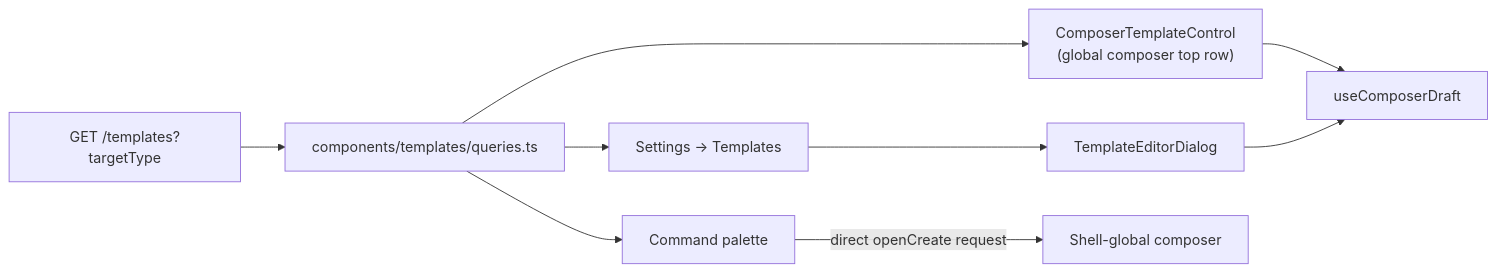
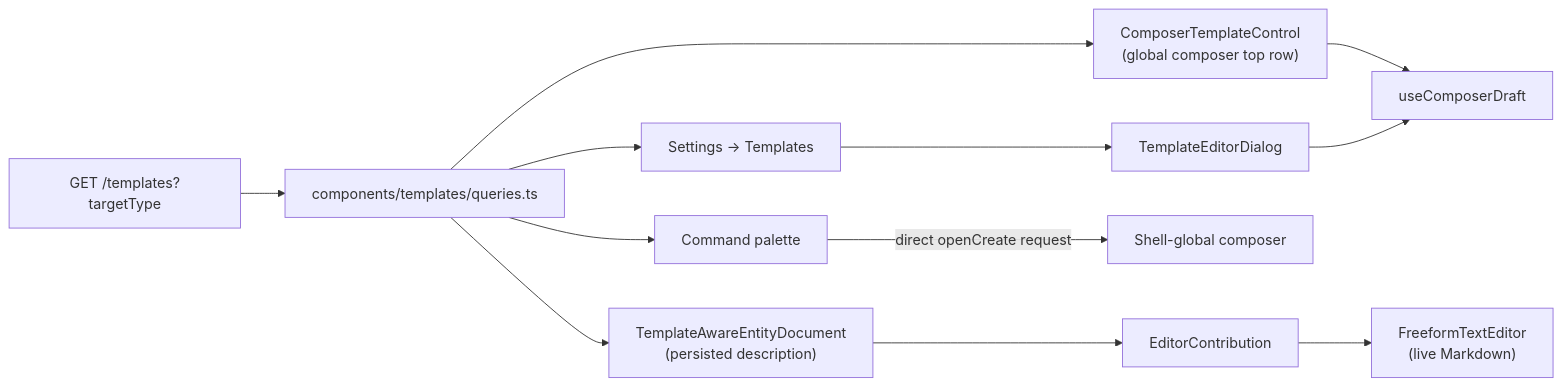
Before and after one commit to TheHypertextStudio/athena-web: the diagram in docs/engineering/specs/templates.md, drawn with Mermaid. The commit also changed other lines of this file and 12 other files, not shown here.

````diff
--- a/docs/engineering/specs/templates.md
+++ b/docs/engineering/specs/templates.md
@@ -197,11 +197,14 @@
 ```mermaid
 graph LR
   API["GET /templates?targetType"] --> Q["components/templates/queries.ts"]
   Q --> MENU["ComposerTemplateControl<br/>(global composer top row)"]
+  Q --> SAVED["TemplateAwareEntityDocument<br/>(persisted description)"]
   Q --> SET["Settings → Templates"]
   Q --> PAL["Command palette"]
   SET --> ED["TemplateEditorDialog"]
   PAL -->|"direct openCreate request"| COMPOSER["Shell-global composer"]
   MENU --> DRAFT["useComposerDraft"]
+  SAVED --> CONTRIBUTION["EditorContribution"]
+  CONTRIBUTION --> LIVE["FreeformTextEditor<br/>(live Markdown)"]
   ED --> DRAFT
 ```
````
